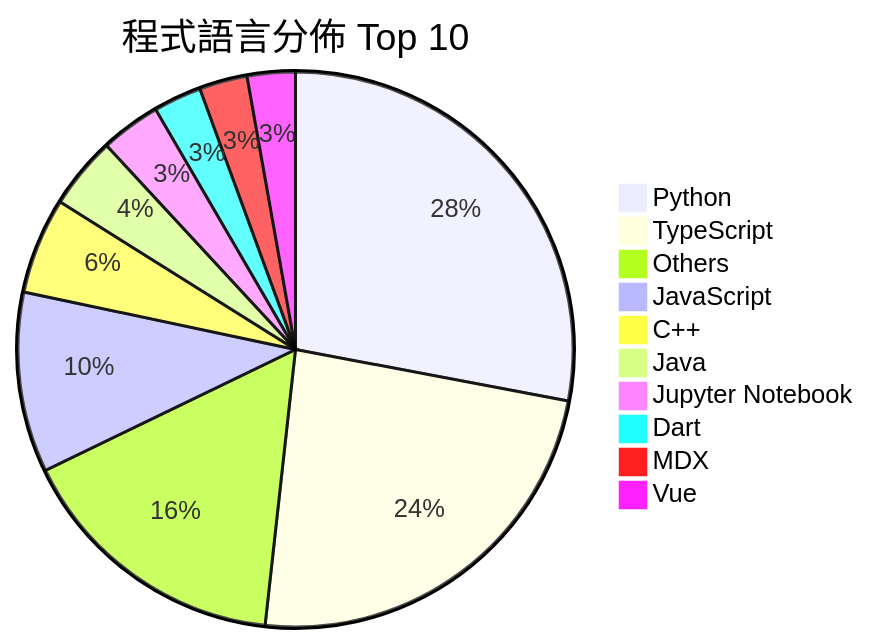
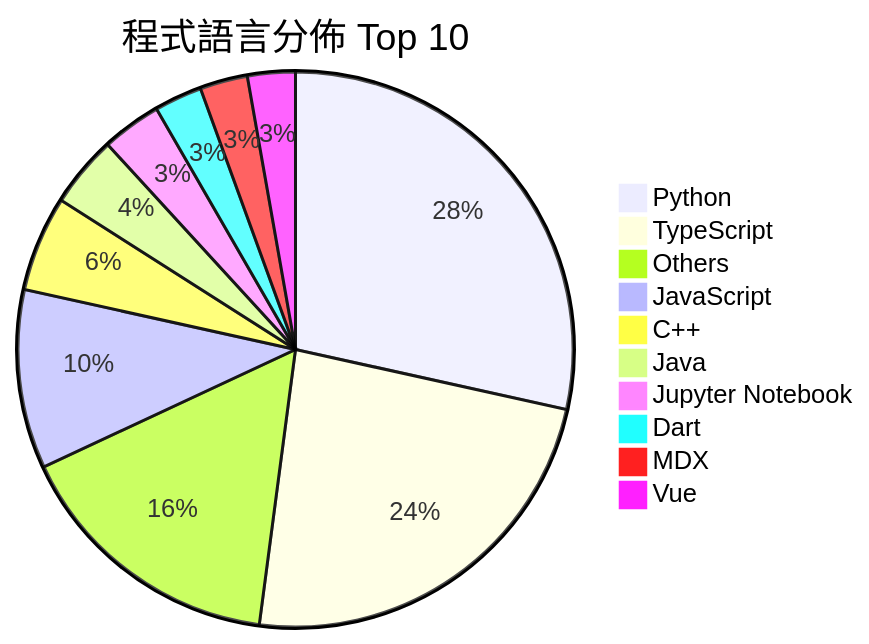
Before and after one commit to Andy87877/GitHub-Star-Manager: the second of 2 diagrams in README.md, drawn with Mermaid. The commit also changed other lines of this file and 3 other files, not shown here.

````diff
--- a/README.md
+++ b/README.md
@@ -27,13 +27,13 @@
 ```mermaid
 pie title 程式語言分佈 Top 10
-    "Python" : 40
+    "Python" : 41
     "TypeScript" : 34
     "Others" : 23
     "JavaScript" : 15
     "C++" : 8
     "Java" : 6
     "Jupyter Notebook" : 5
     "Dart" : 4
     "MDX" : 4
     "Vue" : 4
 ```
````
